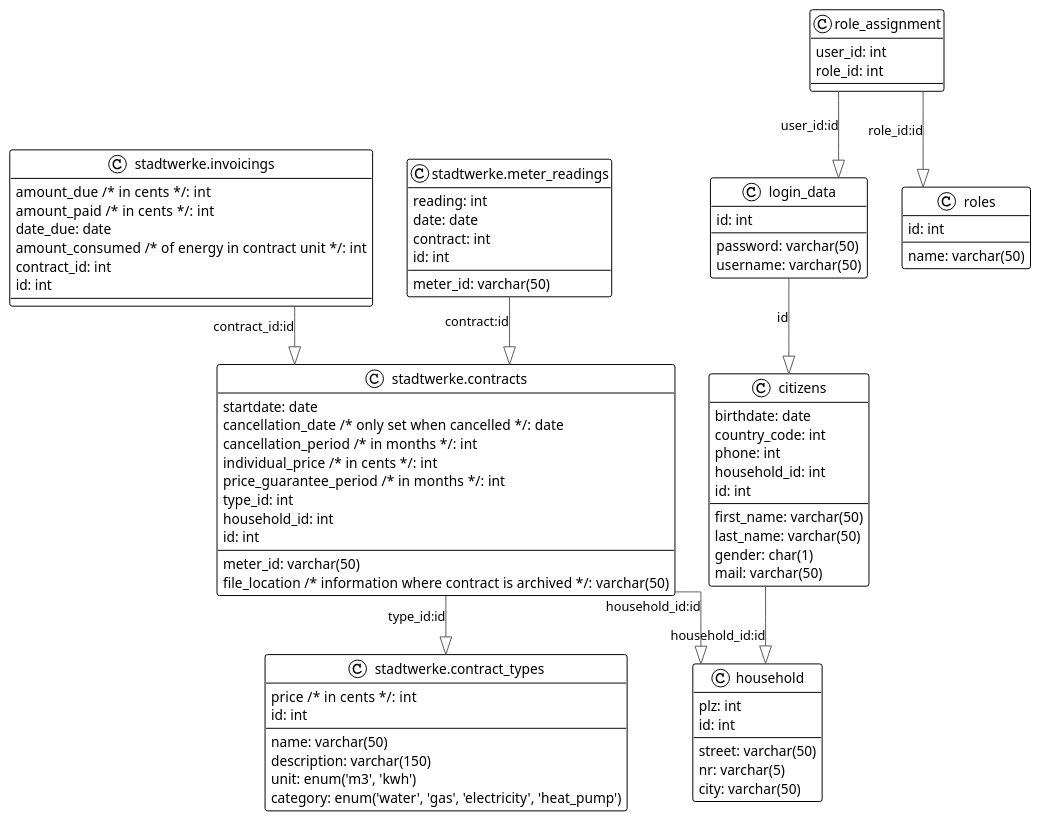
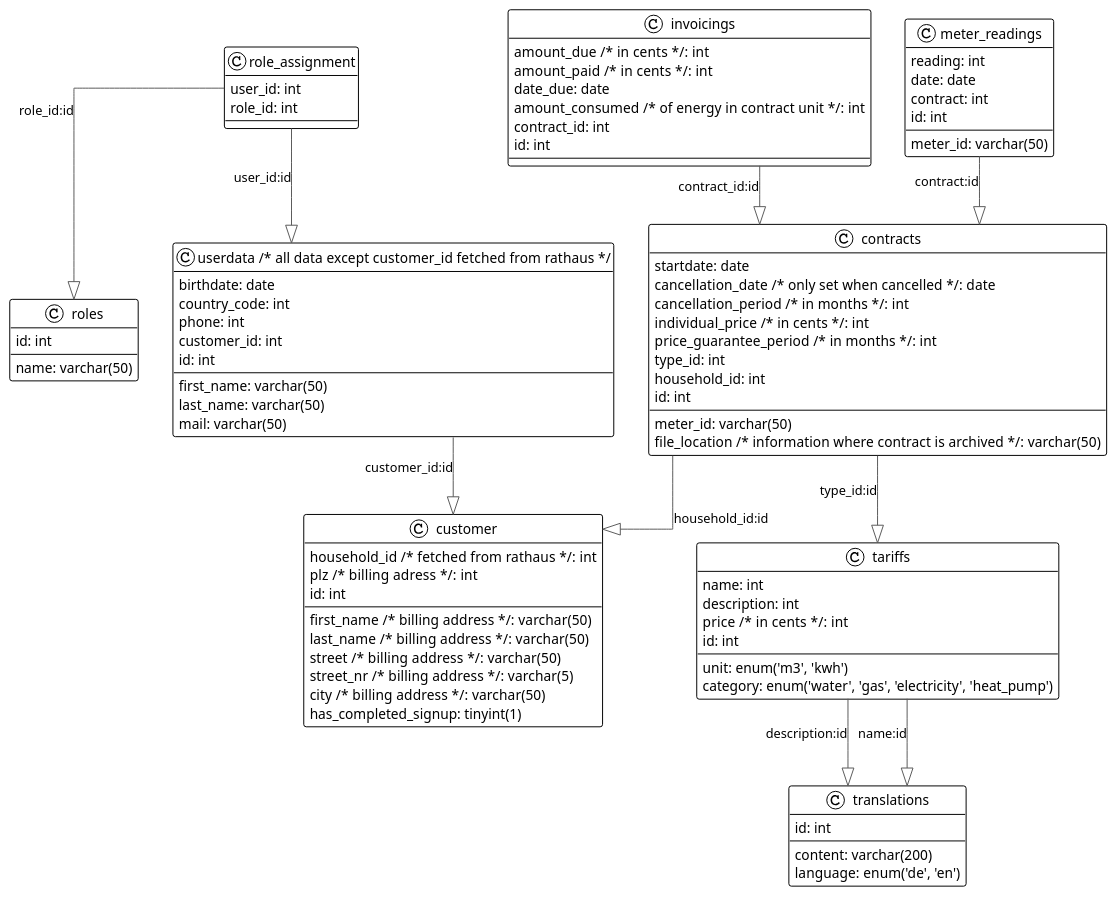
One commit to joscha-st/bad_walden_stadtwerke changed the diagram in Documents/Datamodel/db_structure.plantuml. Above: the diagram before and after it, drawn with PlantUML. The commit also changed 4 other files, not shown here.

```diff
--- a/Documents/Datamodel/db_structure.plantuml
+++ b/Documents/Datamodel/db_structure.plantuml
@@ -1,82 +1,86 @@
 @startuml
 
 !theme plain
 top to bottom direction
 skinparam linetype ortho
 
-class citizens {
-   first_name: varchar(50)
-   last_name: varchar(50)
-   birthdate: date
-   gender: char(1)
-   mail: varchar(50)
-   country_code: int
-   phone: int
-   household_id: int
-   id: int
-}
-class household {
-   street: varchar(50)
-   nr: varchar(5)
-   plz: int
-   city: varchar(50)
-   id: int
-}
-class login_data {
-   password: varchar(50)
-   username: varchar(50)
-   id: int
-}
-class role_assignment {
-   user_id: int
-   role_id: int
-}
-class roles {
-   name: varchar(50)
-   id: int
-}
-class node2 as "stadtwerke.contract_types" {
-   name: varchar(50)
-   description: varchar(150)
-   price  /* in cents */: int
-   unit: enum('m3', 'kwh')
-   category: enum('water', 'gas', 'electricity', 'heat_pump')
-   id: int
-}
-class node6 as "stadtwerke.contracts" {
+class contracts {
    startdate: date
    cancellation_date  /* only set when cancelled */: date
    cancellation_period  /* in months */: int
    individual_price  /* in cents */: int
    price_guarantee_period  /* in months */: int
    meter_id: varchar(50)
    file_location  /* information where contract is archived */: varchar(50)
    type_id: int
    household_id: int
    id: int
 }
-class node0 as "stadtwerke.invoicings" {
+class customer {
+   household_id  /* fetched from rathaus */: int
+   first_name  /* billing address */: varchar(50)
+   last_name  /* billing address */: varchar(50)
+   street  /* billing address */: varchar(50)
+   street_nr  /* billing address */: varchar(5)
+   plz  /* billing adress */: int
+   city  /* billing address */: varchar(50)
+   has_completed_signup: tinyint(1)
+   id: int
+}
+class invoicings {
    amount_due  /* in cents */: int
    amount_paid  /* in cents */: int
    date_due: date
    amount_consumed  /* of energy in contract unit */: int
    contract_id: int
    id: int
 }
-class node3 as "stadtwerke.meter_readings" {
+class meter_readings {
    meter_id: varchar(50)
    reading: int
    date: date
    contract: int
    id: int
 }
+class role_assignment {
+   user_id: int
+   role_id: int
+}
+class roles {
+   name: varchar(50)
+   id: int
+}
+class tariffs {
+   name: int
+   description: int
+   price  /* in cents */: int
+   unit: enum('m3', 'kwh')
+   category: enum('water', 'gas', 'electricity', 'heat_pump')
+   id: int
+}
+class translations {
+   content: varchar(200)
+   id: int
+   language: enum('de', 'en')
+}
+class node0 as "userdata  /* all data except customer_id fetched from rathaus */" {
+   first_name: varchar(50)
+   last_name: varchar(50)
+   birthdate: date
+   mail: varchar(50)
+   country_code: int
+   phone: int
+   customer_id: int
+   id: int
+}
 
-citizens         -[#595959,plain]-^  household       : "household_id:id"
-login_data       -[#595959,plain]-^  citizens        : "id"
-role_assignment  -[#595959,plain]-^  login_data      : "user_id:id"
+contracts        -[#595959,plain]-^  customer        : "household_id:id"
+contracts        -[#595959,plain]-^  tariffs         : "type_id:id"
+invoicings       -[#595959,plain]-^  contracts       : "contract_id:id"
+meter_readings   -[#595959,plain]-^  contracts       : "contract:id"
 role_assignment  -[#595959,plain]-^  roles           : "role_id:id"
-node6            -[#595959,plain]-^  household       : "household_id:id"
-node6            -[#595959,plain]-^  node2           : "type_id:id"
-node0            -[#595959,plain]-^  node6           : "contract_id:id"
-node3            -[#595959,plain]-^  node6           : "contract:id"
+role_assignment  -[#595959,plain]-^  node0           : "user_id:id"
+tariffs          -[#595959,plain]-^  translations    : "description:id"
+tariffs          -[#595959,plain]-^  translations    : "name:id"
+node0            -[#595959,plain]-^  customer        : "customer_id:id"
 @enduml
```
